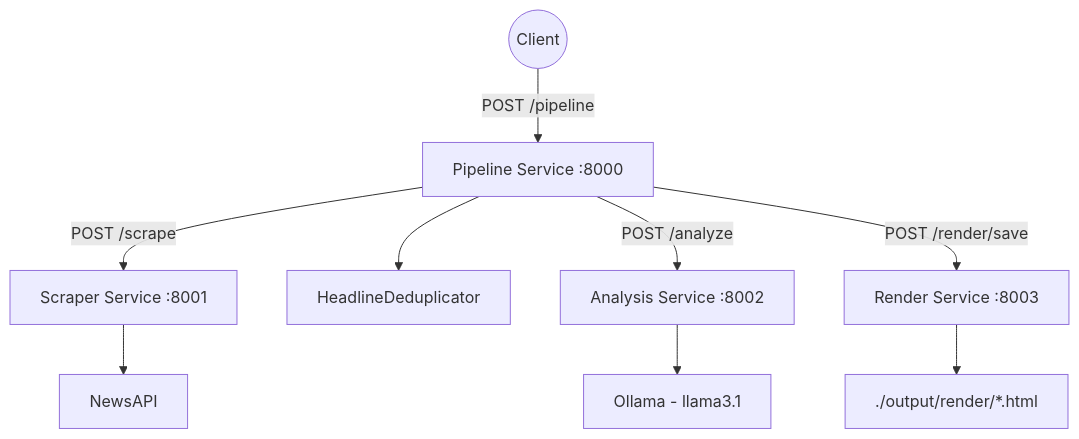
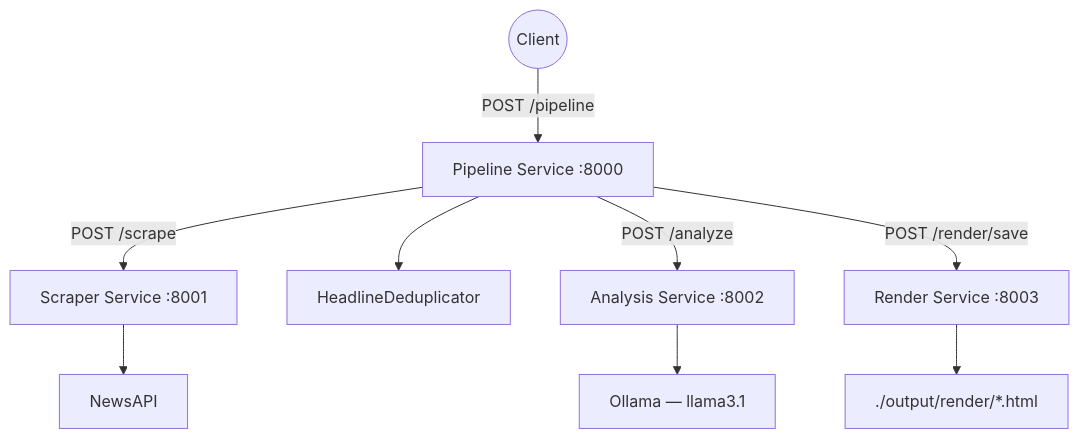
The diagram in README.md (leonifrazao/Parallax), drawn with Mermaid before and after one commit. The commit also changed other lines of this file, not shown here.

````diff
--- a/README.md
+++ b/README.md
@@ -145,14 +95,13 @@
 ```mermaid
 graph TD
     Client(("Client")) -->|"POST /pipeline"| Pipeline
 
     Pipeline["Pipeline Service :8000"] -->|"POST /scrape"| Scraper["Scraper Service :8001"]
     Pipeline --> Dedup["HeadlineDeduplicator"]
     Pipeline -->|"POST /analyze"| Analysis["Analysis Service :8002"]
     Pipeline -->|"POST /render/save"| Render["Render Service :8003"]
 
     Scraper --> NewsAPI["NewsAPI"]
-    Analysis --> Ollama["Ollama - llama3.1"]
+    Analysis --> Ollama["Ollama — llama3.1"]
     Render --> HTML["./output/render/*.html"]
-
 ```
````
